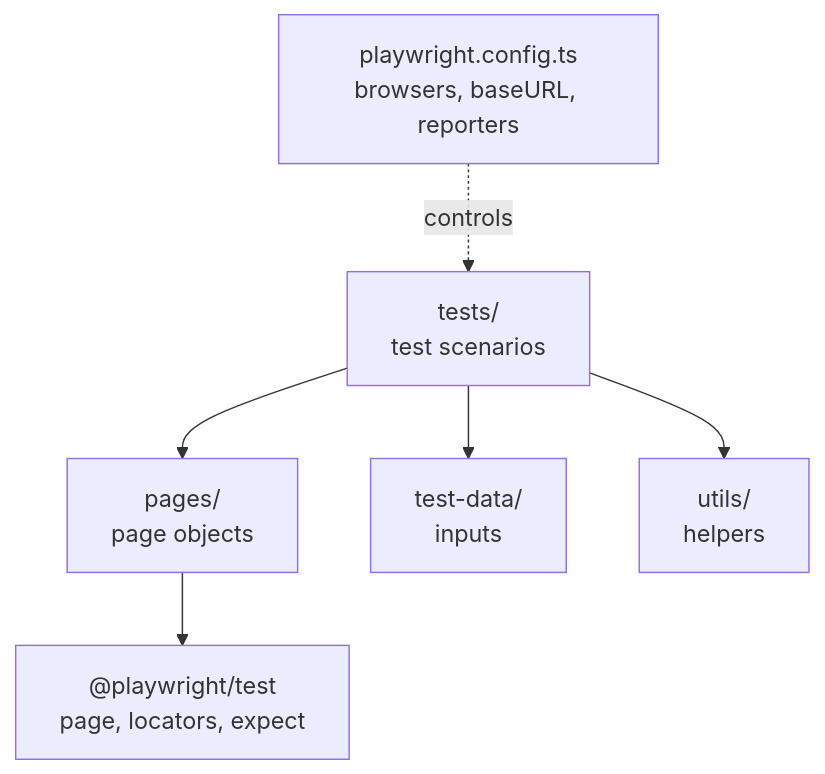
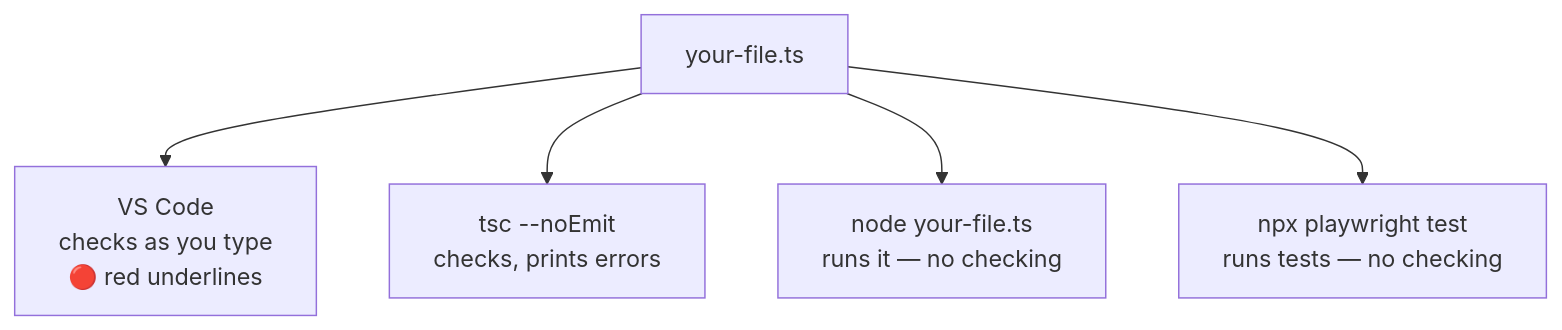
Before and after one commit to rmishr-1/Playwright_learning_studio: the third of 3 diagrams in Data/Source/course/markdown/day4.md, drawn with Mermaid. The commit also changed other lines of this file and 184 other files, not shown here.

````diff
--- a/Data/Source/course/markdown/day4.md
+++ b/Data/Source/course/markdown/day4.md
@@ -198,8 +280,7 @@
 ```mermaid
 flowchart TD
-  T["tests/<br/>test scenarios"] --> P["pages/<br/>page objects"]
-  T --> D["test-data/<br/>inputs"]
-  T --> U["utils/<br/>helpers"]
-  P --> PW["@playwright/test<br/>page, locators, expect"]
-  C["playwright.config.ts<br/>browsers, baseURL, reporters"] -. controls .-> T
+  F["your-file.ts"] --> ED["VS Code<br/>checks as you type<br/>🔴 red underlines"]
+  F --> TSC["tsc --noEmit<br/>checks, prints errors"]
+  F --> NODE["node your-file.ts<br/>runs it — no checking"]
+  F --> PW["npx playwright test<br/>runs tests — no checking"]
 ```
````
